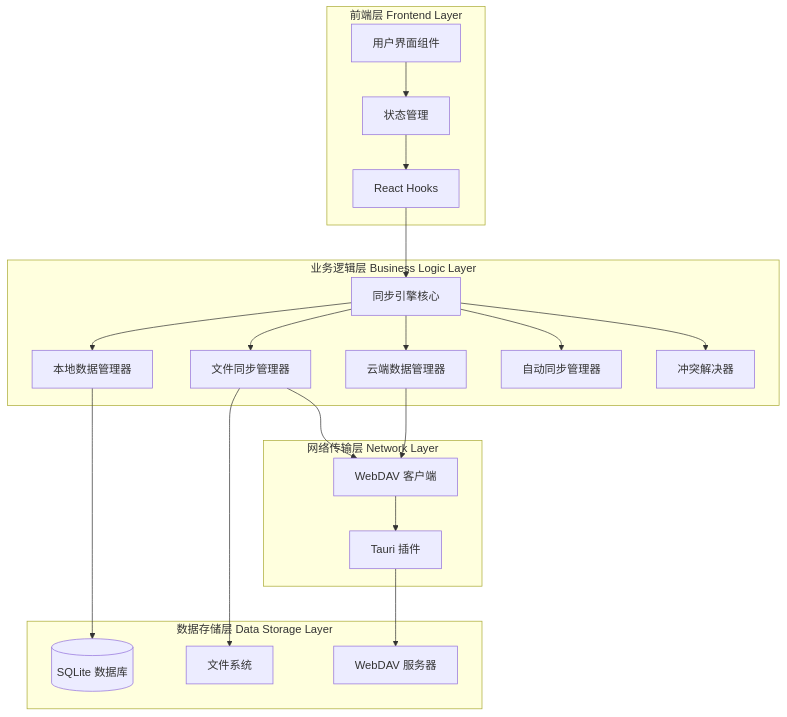
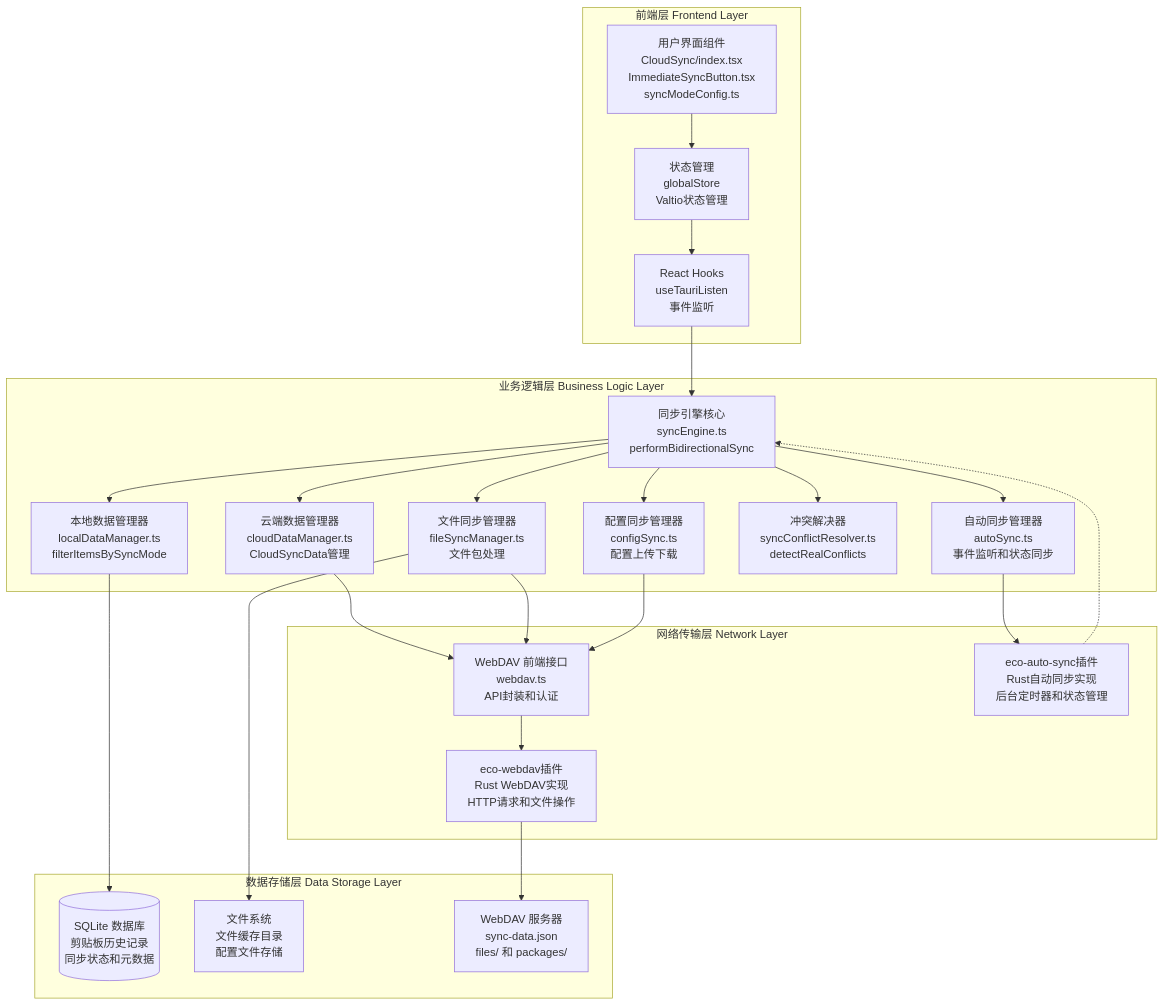
One commit to Ruszero01/EcoPaste-Sync changed the first of 10 diagrams in docs/architecture-diagram.md. Above: the diagram before and after it, drawn with Mermaid. The commit also changed other lines of this file and 5 other files, not shown here.

````diff
--- a/docs/architecture-diagram.md
+++ b/docs/architecture-diagram.md
@@ -5,46 +5,53 @@
 ```mermaid
 graph TB
     subgraph "前端层 Frontend Layer"
-        UI[用户界面组件]
-        State[状态管理]
-        Hooks[React Hooks]
+        UI[用户界面组件<br/>CloudSync/index.tsx<br/>ImmediateSyncButton.tsx<br/>syncModeConfig.ts]
+        State[状态管理<br/>globalStore<br/>Valtio状态管理]
+        Hooks[React Hooks<br/>useTauriListen<br/>事件监听]
     end
 
     subgraph "业务逻辑层 Business Logic Layer"
-        SyncEngine[同步引擎核心]
-        LocalData[本地数据管理器]
-        CloudData[云端数据管理器]
-        FileSync[文件同步管理器]
-        AutoSync[自动同步管理器]
-        ConflictResolver[冲突解决器]
+        SyncEngine[同步引擎核心<br/>syncEngine.ts<br/>performBidirectionalSync]
+        LocalData[本地数据管理器<br/>localDataManager.ts<br/>filterItemsBySyncMode]
+        CloudData[云端数据管理器<br/>cloudDataManager.ts<br/>CloudSyncData管理]
+        FileSync[文件同步管理器<br/>fileSyncManager.ts<br/>文件包处理]
+        AutoSync[自动同步管理器<br/>autoSync.ts<br/>事件监听和状态同步]
+        ConflictResolver[冲突解决器<br/>syncConflictResolver.ts<br/>detectRealConflicts]
+        ConfigSync[配置同步管理器<br/>configSync.ts<br/>配置上传下载]
     end
 
     subgraph "网络传输层 Network Layer"
-        WebDAVClient[WebDAV 客户端]
-        TauriPlugin[Tauri 插件]
+        WebDAVClient[WebDAV 前端接口<br/>webdav.ts<br/>API封装和认证]
+        TauriPlugin1[eco-webdav插件<br/>Rust WebDAV实现<br/>HTTP请求和文件操作]
+        TauriPlugin2[eco-auto-sync插件<br/>Rust自动同步实现<br/>后台定时器和状态管理]
     end
 
     subgraph "数据存储层 Data Storage Layer"
-        SQLite[(SQLite 数据库)]
-        FileSystem[文件系统]
-        WebDAVServer[WebDAV 服务器]
+        SQLite[(SQLite 数据库<br/>剪贴板历史记录<br/>同步状态和元数据)]
+        FileSystem[文件系统<br/>文件缓存目录<br/>配置文件存储]
+        WebDAVServer[WebDAV 服务器<br/>sync-data.json<br/>files/ 和 packages/]
     end
 
     UI --> State
     State --> Hooks
     Hooks --> SyncEngine
 
     SyncEngine --> LocalData
     SyncEngine --> CloudData
     SyncEngine --> FileSync
     SyncEngine --> AutoSync
     SyncEngine --> ConflictResolver
+    SyncEngine --> ConfigSync
 
     LocalData --> SQLite
     FileSync --> FileSystem
     CloudData --> WebDAVClient
     FileSync --> WebDAVClient
+    ConfigSync --> WebDAVClient
 
-    WebDAVClient --> TauriPlugin
-    TauriPlugin --> WebDAVServer
+    WebDAVClient --> TauriPlugin1
+    AutoSync --> TauriPlugin2
+    TauriPlugin1 --> WebDAVServer
+
+    TauriPlugin2 -.-> SyncEngine
 ```
````
